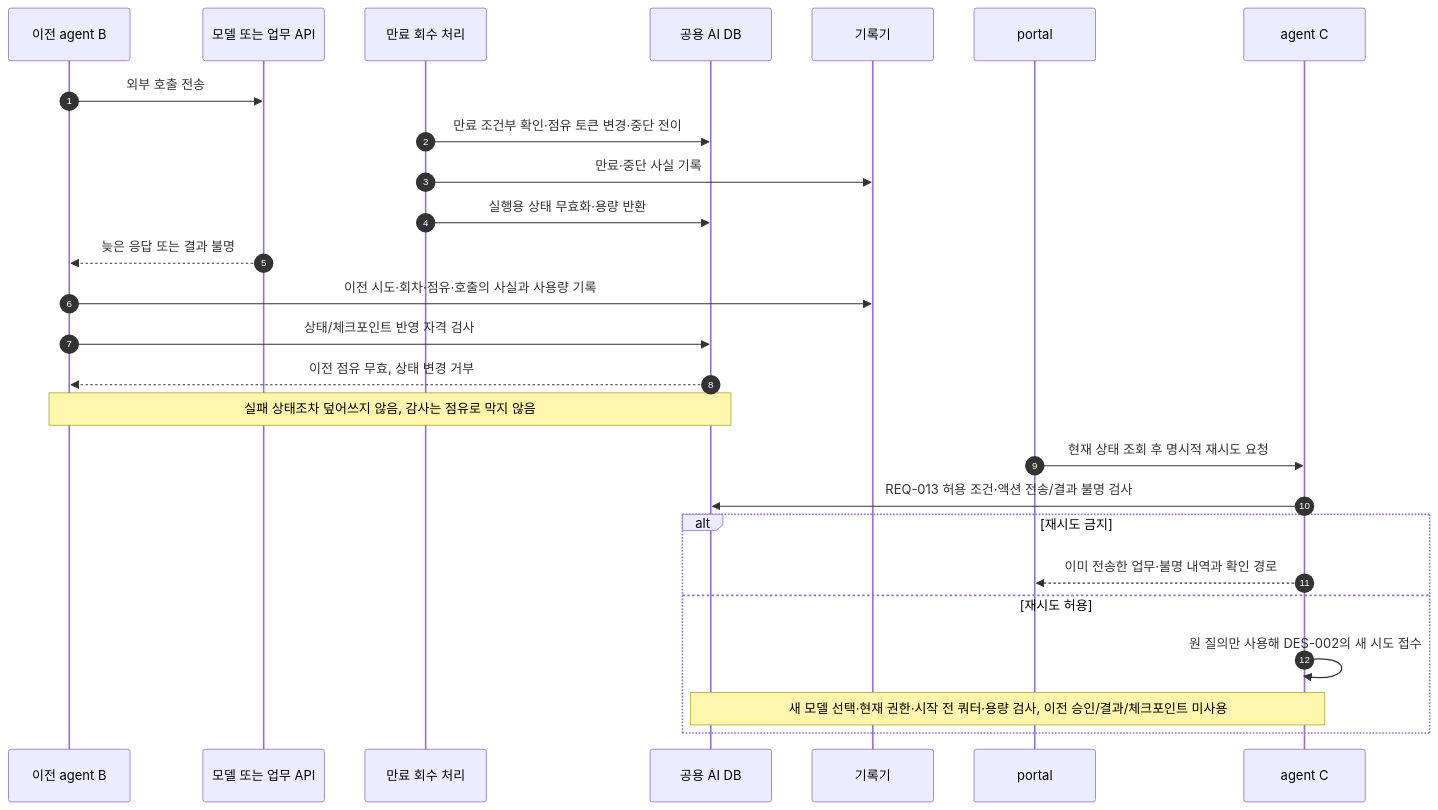
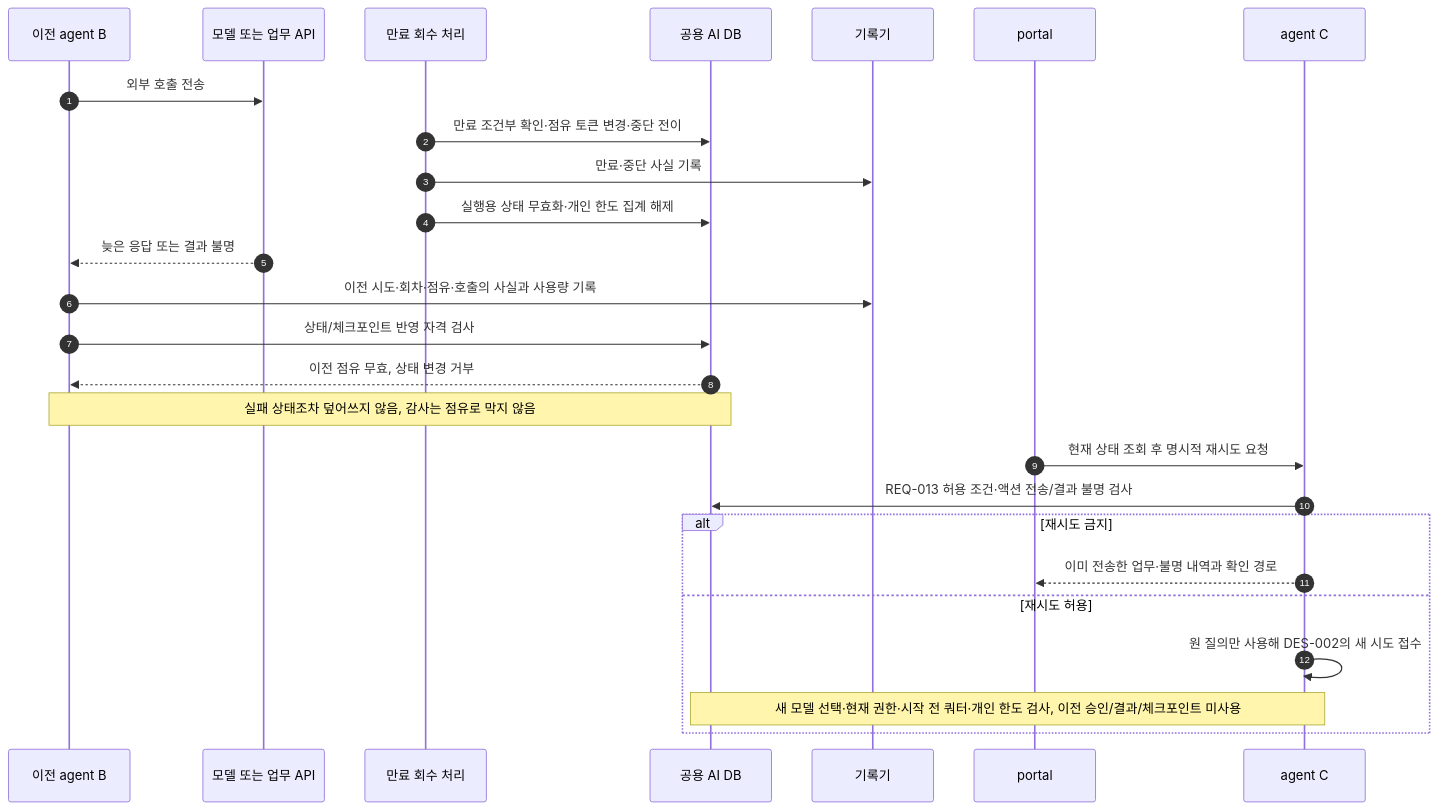
Before and after one commit to choijoobok/ai-agent: the third of 3 diagrams in documents/design/agent-lifecycle-sequences.md, drawn with Mermaid. The commit also changed other lines of this file and 25 other files, not shown here.

````diff
--- a/documents/design/agent-lifecycle-sequences.md
+++ b/documents/design/agent-lifecycle-sequences.md
@@ -160,28 +166,28 @@
 ```mermaid
 sequenceDiagram
     autonumber
     participant B as 이전 agent B
     participant L as 모델 또는 업무 API
     participant S as 만료 회수 처리
     participant D as 공용 AI DB
     participant H as 기록기
     participant P as portal
     participant C as agent C
     B->>L: 외부 호출 전송
     S->>D: 만료 조건부 확인·점유 토큰 변경·중단 전이
     S->>H: 만료·중단 사실 기록
-    S->>D: 실행용 상태 무효화·용량 반환
+    S->>D: 실행용 상태 무효화·개인 한도 집계 해제
     L-->>B: 늦은 응답 또는 결과 불명
     B->>H: 이전 시도·회차·점유·호출의 사실과 사용량 기록
     B->>D: 상태/체크포인트 반영 자격 검사
     D-->>B: 이전 점유 무효, 상태 변경 거부
     Note over B,D: 실패 상태조차 덮어쓰지 않음, 감사는 점유로 막지 않음
     P->>C: 현재 상태 조회 후 명시적 재시도 요청
     C->>D: REQ-013 허용 조건·액션 전송/결과 불명 검사
     alt 재시도 금지
         C-->>P: 이미 전송한 업무·불명 내역과 확인 경로
     else 재시도 허용
         C->>C: 원 질의만 사용해 DES-002의 새 시도 접수
-        Note over C,D: 새 모델 선택·현재 권한·시작 전 쿼터·용량 검사, 이전 승인/결과/체크포인트 미사용
+        Note over C,D: 새 모델 선택·현재 권한·시작 전 쿼터·개인 한도 검사, 이전 승인/결과/체크포인트 미사용
     end
 ```
````
